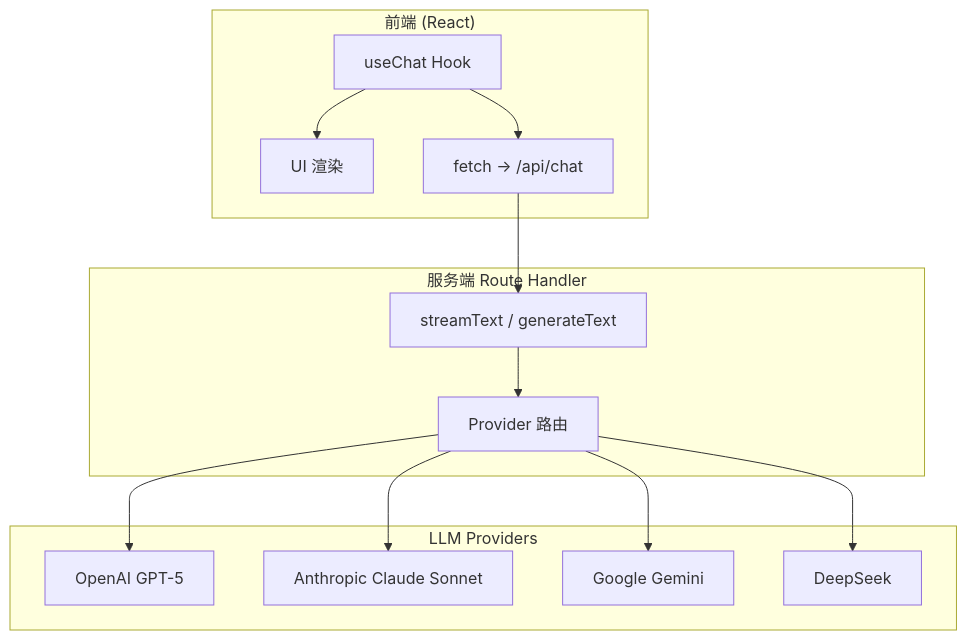
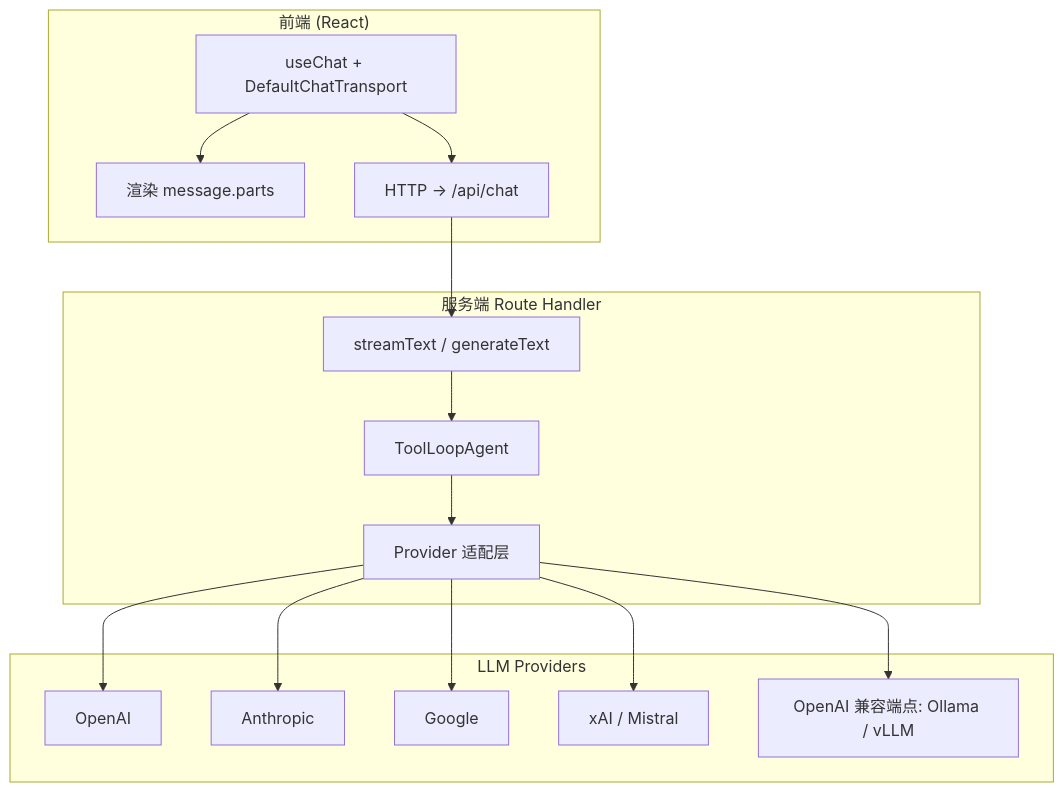
The first of 3 diagrams in docs/S5-AI/实战篇/09-AI SDK 数据连接与聊天.md (KMaybe01/interview-demo), drawn with Mermaid before and after one commit. The commit also changed other lines of this file and 2 other files, not shown here.

````diff
--- a/docs/S5-AI/实战篇/09-AI SDK 数据连接与聊天.md
+++ b/docs/S5-AI/实战篇/09-AI SDK 数据连接与聊天.md
@@ -45,24 +48,27 @@
 ```mermaid
 graph TB
     subgraph Client["前端 (React)"]
-        A1[useChat Hook] --> A2[UI 渲染]
-        A1 --> A3[fetch → /api/chat]
+        A1["useChat + DefaultChatTransport"] --> A2["渲染 message.parts"]
+        A1 --> A3["HTTP → /api/chat"]
     end
 
     subgraph Server["服务端 Route Handler"]
-        B1[streamText / generateText] --> B2[Provider 路由]
+        B1["streamText / generateText"] --> B2["ToolLoopAgent"]
+        B2 --> B3["Provider 适配层"]
     end
 
     subgraph Providers["LLM Providers"]
-        C1[OpenAI GPT-5]
-        C2[Anthropic Claude Sonnet]
-        C3[Google Gemini]
-        C4[DeepSeek]
+        C1[OpenAI]
+        C2[Anthropic]
+        C3[Google]
+        C4[xAI / Mistral]
+        C5[OpenAI 兼容端点: Ollama / vLLM]
     end
 
     A3 --> B1
-    B2 --> C1
-    B2 --> C2
-    B2 --> C3
-    B2 --> C4
+    B3 --> C1
+    B3 --> C2
+    B3 --> C3
+    B3 --> C4
+    B3 --> C5
 ```
````
